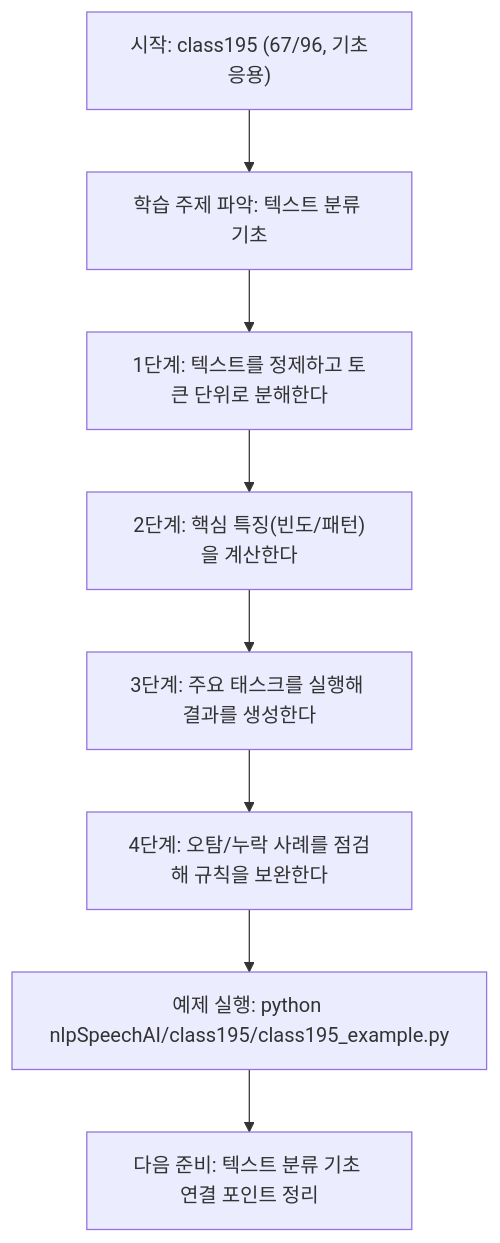
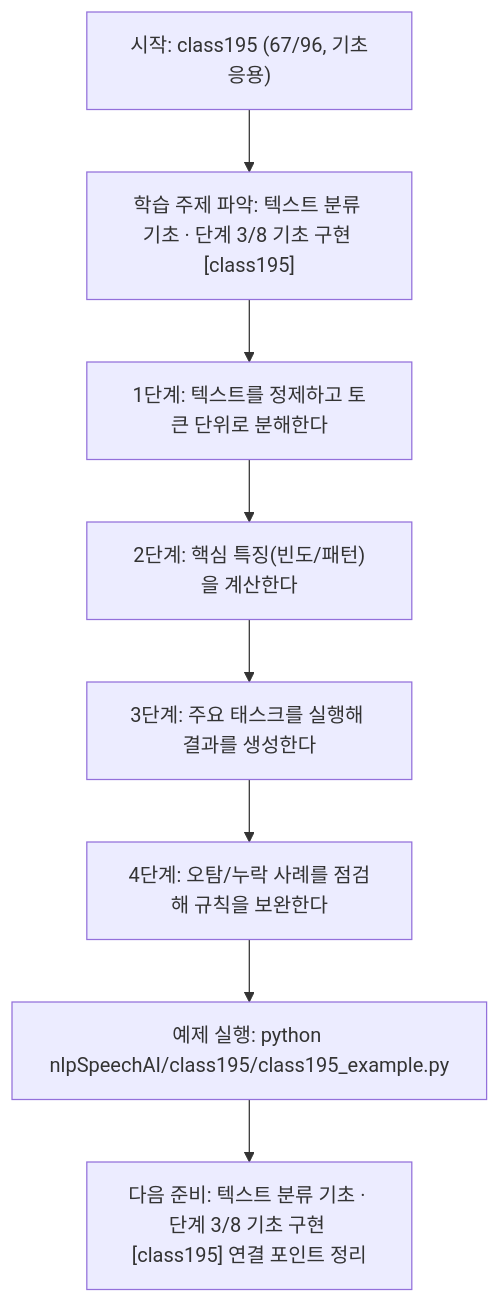
The diagram in nlpSpeechAI/class195/class195.md (edumgt/Python-AI_Agent-Class), drawn with Mermaid before and after one commit. The commit also changed other lines of this file and 522 other files, not shown here.

````diff
--- a/nlpSpeechAI/class195/class195.md
+++ b/nlpSpeechAI/class195/class195.md
@@ -113,18 +114,18 @@
 ```mermaid
 flowchart TD
 N1["시작: class195 (67/96, 기초응용)"]
-N2["학습 주제 파악: 텍스트 분류 기초"]
+N2["학습 주제 파악: 텍스트 분류 기초 · 단계 3/8 기초 구현 [class195]"]
 N3["1단계: 텍스트를 정제하고 토큰 단위로 분해한다"]
 N4["2단계: 핵심 특징(빈도/패턴)을 계산한다"]
 N5["3단계: 주요 태스크를 실행해 결과를 생성한다"]
 N6["4단계: 오탐/누락 사례를 점검해 규칙을 보완한다"]
 N7["예제 실행: python nlpSpeechAI/class195/class195_example.py"]
-N8["다음 준비: 텍스트 분류 기초 연결 포인트 정리"]
+N8["다음 준비: 텍스트 분류 기초 · 단계 3/8 기초 구현 [class195] 연결 포인트 정리"]
 N1 --> N2
 N2 --> N3
 N3 --> N4
 N4 --> N5
 N5 --> N6
 N6 --> N7
 N7 --> N8
 ```
````
